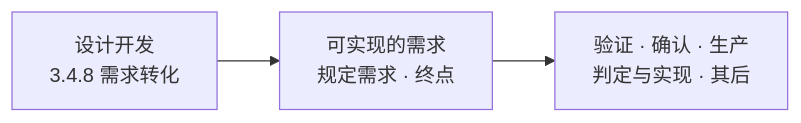
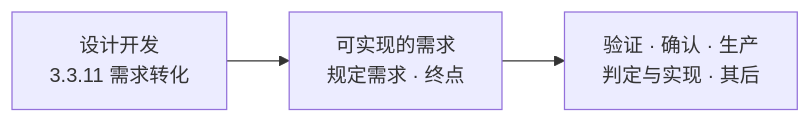
One commit to Yongjunzhou/AOS-system-design changed the fourth of 17 diagrams in 100-subprojects/01-系统工程研究/00-系统工程相关研究报告/01-设计开发概念研究报告-从需求到质量基座.md. Above: the diagram before and after it, drawn with Mermaid. The commit also changed other lines of this file and 38 other files, not shown here.

````diff
--- a/100-subprojects/01-系统工程研究/00-系统工程相关研究报告/01-设计开发概念研究报告-从需求到质量基座.md
+++ b/100-subprojects/01-系统工程研究/00-系统工程相关研究报告/01-设计开发概念研究报告-从需求到质量基座.md
@@ -279,5 +294,5 @@
 ```mermaid
 flowchart LR
-    A["设计开发<br/>3.4.8 需求转化"] --> B["可实现的需求<br/>规定需求 · 终点"]
+    A["设计开发<br/>3.3.11 需求转化"] --> B["可实现的需求<br/>规定需求 · 终点"]
     B --> C["验证 · 确认 · 生产<br/>判定与实现 · 其后"]
 ```
````
